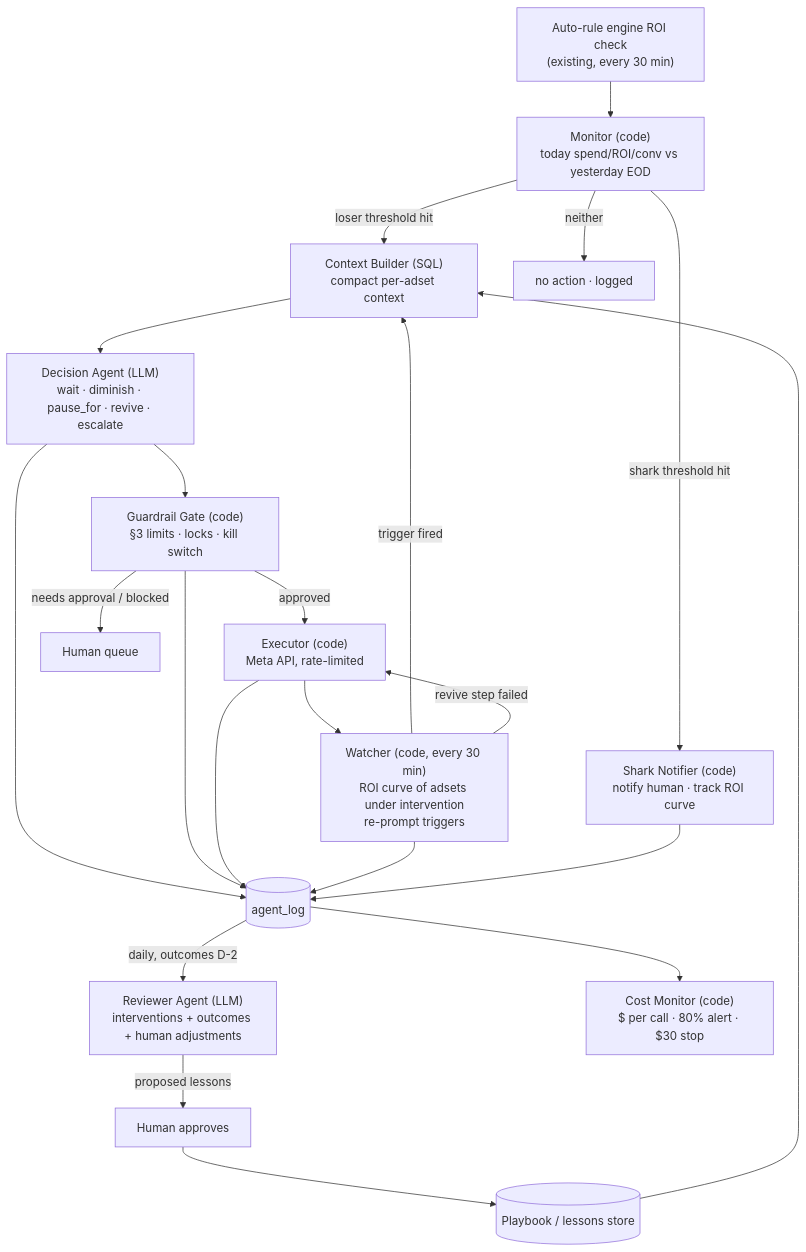
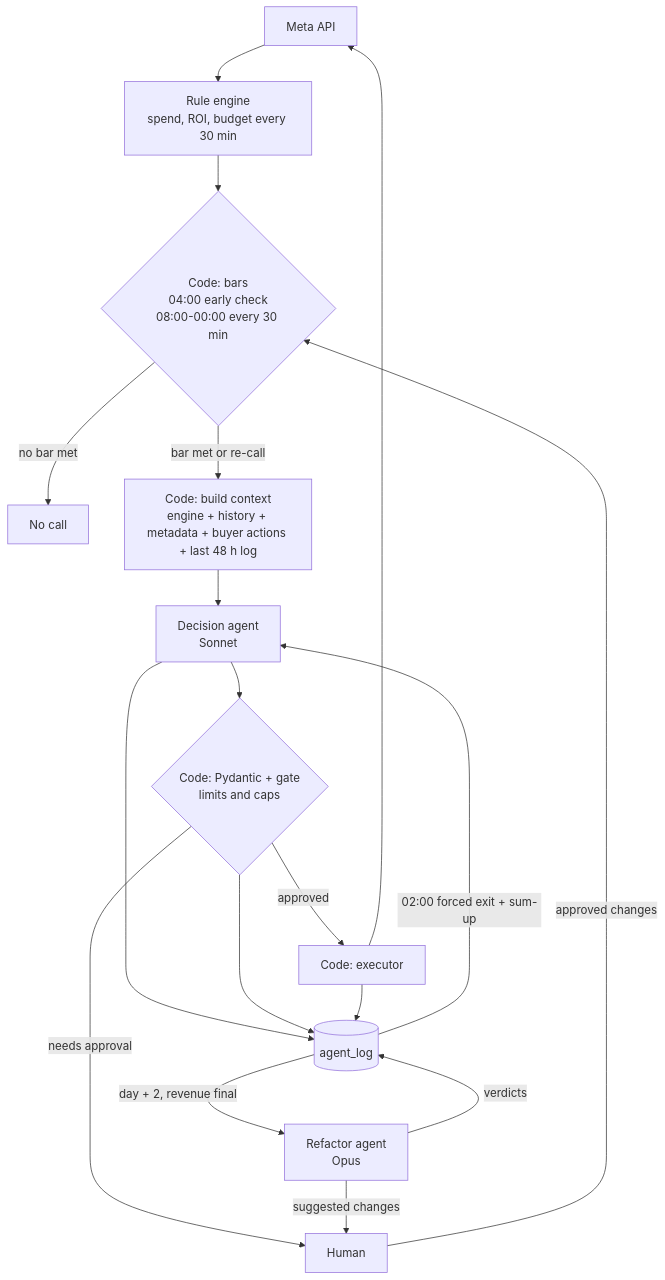
One commit to idanlasry/mine-marketing changed the first of 2 diagrams in deliverables/ARCHITECTURE.md. Above: the diagram before and after it, drawn with Mermaid. The commit also changed other lines of this file and 11 other files, not shown here.

````diff
--- a/deliverables/ARCHITECTURE.md
+++ b/deliverables/ARCHITECTURE.md
@@ -40,20 +216,17 @@
 ```mermaid
 flowchart TD
-    RE["Auto-rule engine ROI check<br/>(existing, every 30 min)"] --> M
-    M["Monitor (code)<br/>today spend/ROI/conv vs yesterday EOD"]
-    M -->|loser threshold hit| CB["Context Builder (SQL)<br/>compact per-adset context"]
-    M -->|shark threshold hit| SN["Shark Notifier (code)<br/>notify human · track ROI curve"]
-    M -->|neither| NO[no action · logged]
-    CB --> DA["Decision Agent (LLM)<br/>wait · diminish · pause_for · revive · escalate"]
-    DA --> G["Guardrail Gate (code)<br/>§3 limits · locks · kill switch"]
-    G -->|approved| EX["Executor (code)<br/>Meta API, rate-limited"]
-    G -->|needs approval / blocked| H[Human queue]
-    EX --> W["Watcher (code, every 30 min)<br/>ROI curve of adsets under intervention<br/>re-prompt triggers"]
-    W -->|trigger fired| CB
-    W -->|revive step failed| EX
-    DA & G & EX & W & SN --> LOG[(agent_log)]
-    LOG -->|daily, outcomes D-2| RV["Reviewer Agent (LLM)<br/>interventions + outcomes + human adjustments"]
-    RV -->|proposed lessons| HA[Human approves] --> PB[(Playbook / lessons store)]
-    PB --> CB
-    LOG --> CM["Cost Monitor (code)<br/>$ per call · 80% alert · $30 stop"]
+    META[Meta API] --> ENG[Rule engine<br/>spend, ROI, budget every 30 min]
+    ENG --> BARS{Code: bars<br/>04:00 early check<br/>08:00-00:00 every 30 min}
+    BARS -->|no bar met| NONE[No call]
+    BARS -->|bar met or re-call| CTX[Code: build context<br/>engine + history + metadata + buyer actions + last 48 h log]
+    CTX --> DA[Decision agent<br/>Sonnet]
+    DA --> GATE{Code: Pydantic + gate<br/>limits and caps}
+    GATE -->|approved| EXE[Code: executor] --> META
+    GATE -->|needs approval| HUM[Human]
+    DA & GATE & EXE --> LOG[(agent_log)]
+    LOG -->|02:00 forced exit + sum-up| DA
+    LOG -->|day + 2, revenue final| RA[Refactor agent<br/>Opus]
+    RA -->|verdicts| LOG
+    RA -->|suggested changes| HUM
+    HUM -->|approved changes| BARS
 ```
````
